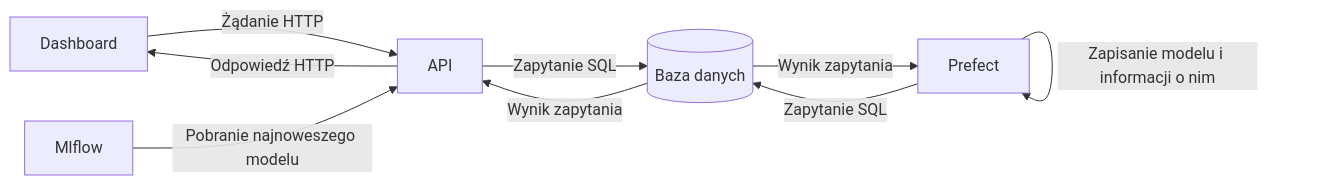
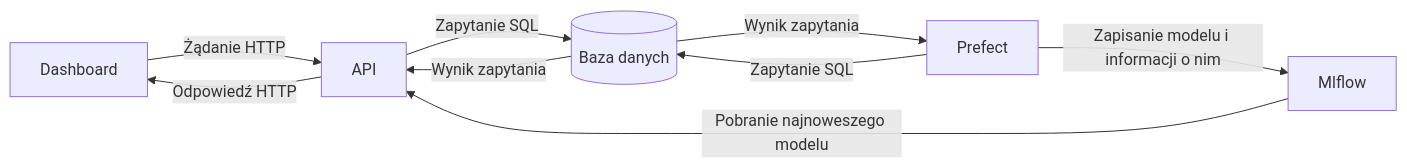
One commit to artur-kompala/Projekt-Zaliczeniowy---Hurtownie-danych-25-26L changed the diagram in README.md. Above: the diagram before and after it, drawn with Mermaid.

Commit message:
Poprawiono graf architektury w readme

````diff
--- a/README.md
+++ b/README.md
@@ -12,11 +12,11 @@
 ```mermaid
 graph LR;
       A[Dashboard]-->|Żądanie HTTP|B[API];
       B-->|Odpowiedź HTTP|A;
       C[Mlflow]-->|Pobranie najnoweszego modelu|B;
-      D[Prefect]-->|Zapisanie modelu i informacji o nim|D;
+      D[Prefect]-->|Zapisanie modelu i informacji o nim|C;
       D-->|Zapytanie SQL|E[(Baza danych)]
       E-->|Wynik zapytania|D
       B-->|Zapytanie SQL|E
       E-->|Wynik zapytania|B
 ```
````
